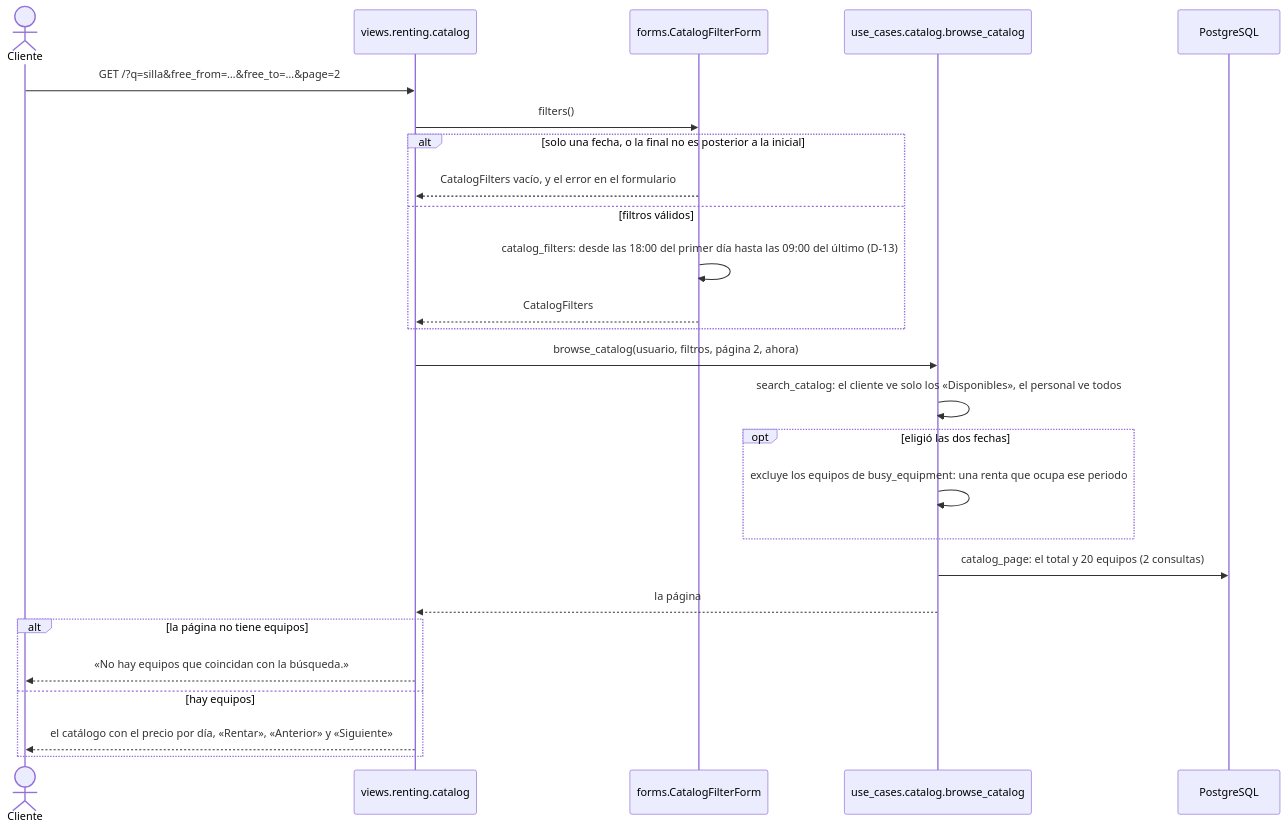
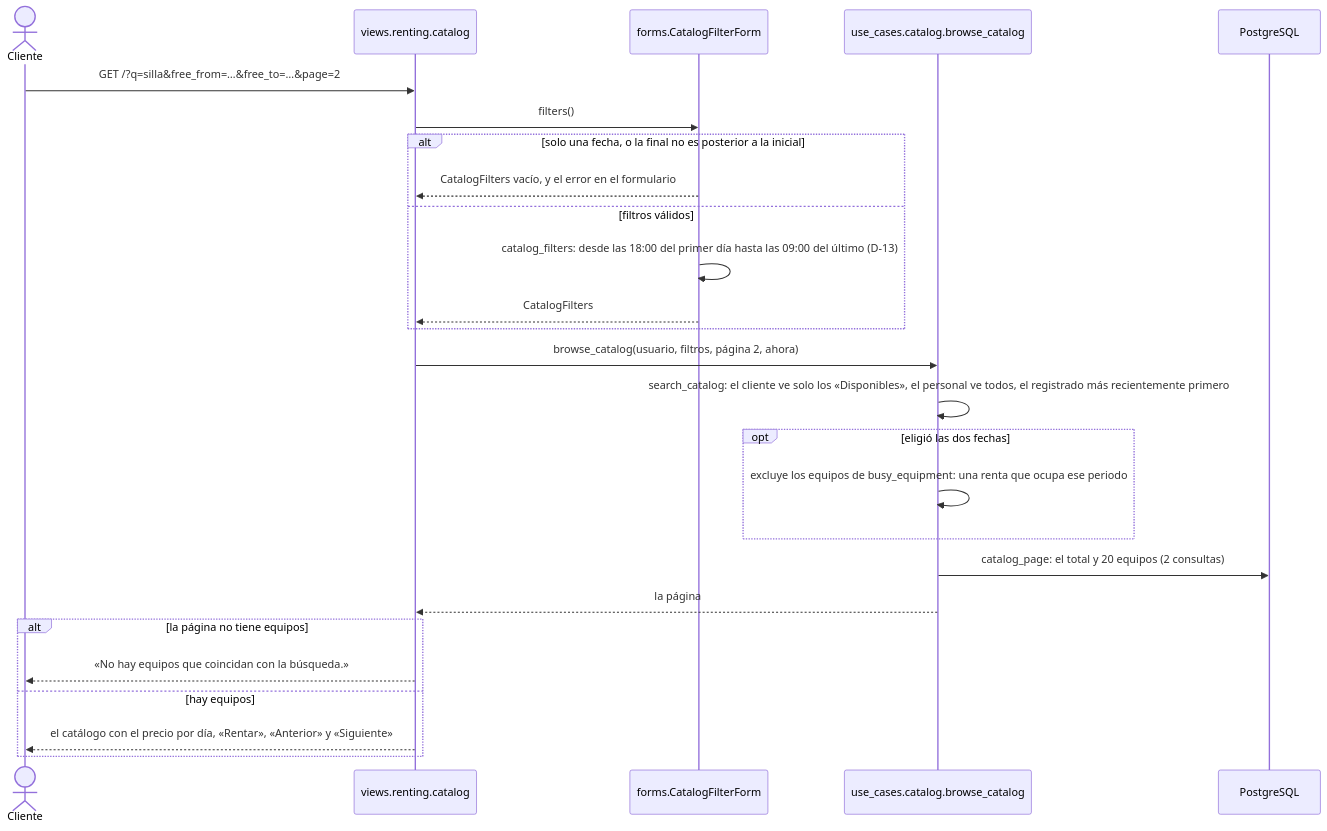
The seventh of 39 diagrams in docs/casos-de-uso.md (peterteranb/astra-rent-system), drawn with Mermaid before and after one commit. The commit also changed other lines of this file and 10 other files, not shown here.

````diff
--- a/docs/casos-de-uso.md
+++ b/docs/casos-de-uso.md
@@ -365,28 +365,28 @@
 ```mermaid
 sequenceDiagram
     actor C as Cliente
     participant V as views.renting.catalog
     participant F as forms.CatalogFilterForm
     participant U as use_cases.catalog.browse_catalog
     participant BD as PostgreSQL
     C->>V: GET /?q=silla&free_from=…&free_to=…&page=2
     V->>F: filters()
     alt solo una fecha, o la final no es posterior a la inicial
         F-->>V: CatalogFilters vacío, y el error en el formulario
     else filtros válidos
         F->>F: catalog_filters: desde las 18:00 del primer día hasta las 09:00 del último (D-13)
         F-->>V: CatalogFilters
     end
     V->>U: browse_catalog(usuario, filtros, página 2, ahora)
-    U->>U: search_catalog: el cliente ve solo los «Disponibles», el personal ve todos
+    U->>U: search_catalog: el cliente ve solo los «Disponibles», el personal ve todos, el registrado más recientemente primero
     opt eligió las dos fechas
         U->>U: excluye los equipos de busy_equipment: una renta que ocupa ese periodo
     end
     U->>BD: catalog_page: el total y 20 equipos (2 consultas)
     U-->>V: la página
     alt la página no tiene equipos
         V-->>C: «No hay equipos que coincidan con la búsqueda.»
     else hay equipos
         V-->>C: el catálogo con el precio por día, «Rentar», «Anterior» y «Siguiente»
     end
 ```
````
